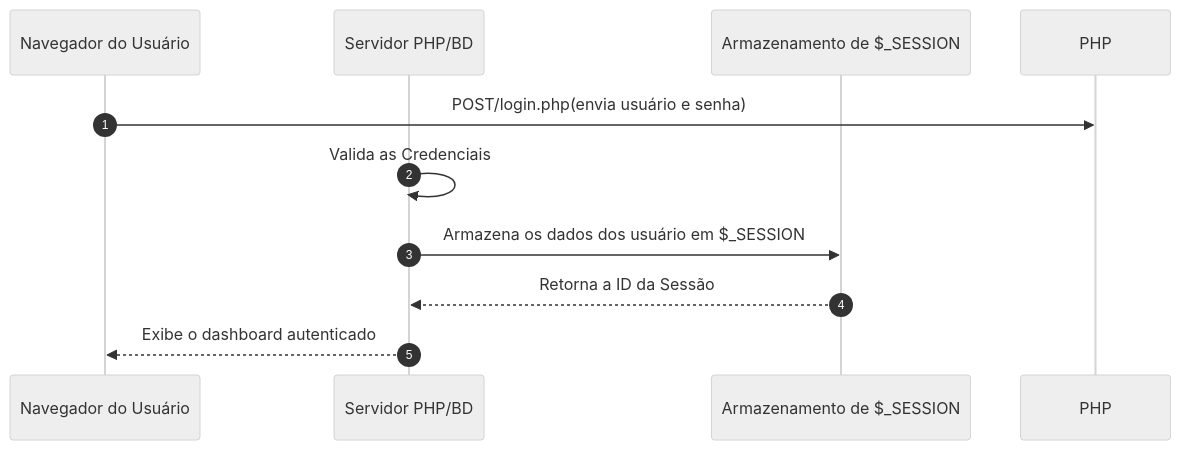
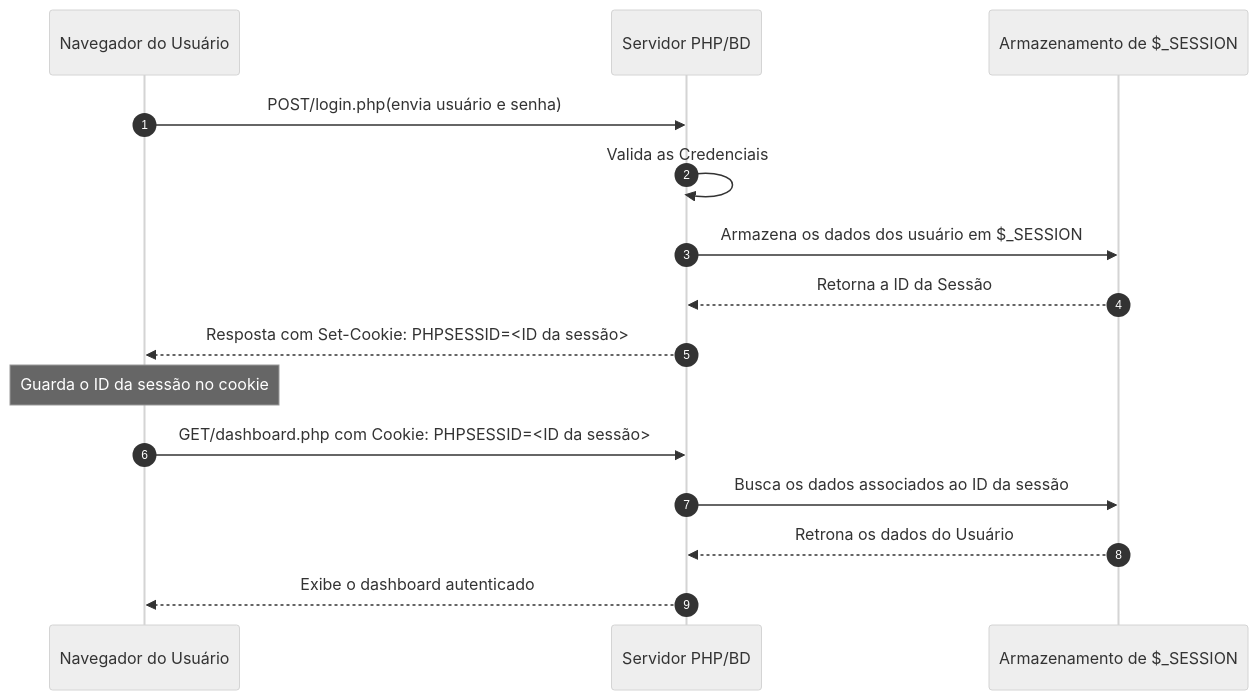
One commit to Sofiacristina2026/CursoBackend46bt22026 changed diagram 16 of 23 in PHPVanilla/README.md. Above: the diagram before and after it, drawn with Mermaid (neutral theme). The commit also changed other lines of this file and 5 other files, not shown here.

````diff
--- a/PHPVanilla/README.md
+++ b/PHPVanilla/README.md
@@ -1487,13 +1493,19 @@
 ```mermaid
 sequenceDiagram
     autonumber
     participant Navegador as Navegador do Usuário
     participant Servidor as Servidor PHP/BD
     participant Sessao as Armazenamento de $_SESSION
 
-    Navegador->>PHP: POST/login.php(envia usuário e senha)
+    Navegador->>Servidor: POST/login.php(envia usuário e senha)
     Servidor->> Servidor: Valida as Credenciais
     Servidor->>Sessao: Armazena os dados dos usuário em $_SESSION
     Sessao-->>Servidor: Retorna a ID da Sessão
+    Servidor-->>Navegador: Resposta com Set-Cookie: PHPSESSID=<ID da sessão>
+    Note over Navegador: Guarda o ID da sessão no cookie
+
+    Navegador->>Servidor: GET/dashboard.php com Cookie: PHPSESSID=<ID da sessão>
+    Servidor->>Sessao: Busca os dados associados ao ID da sessão
+    Sessao-->> Servidor: Retrona os dados do Usuário
     Servidor-->>Navegador: Exibe o dashboard autenticado
 ```
````
